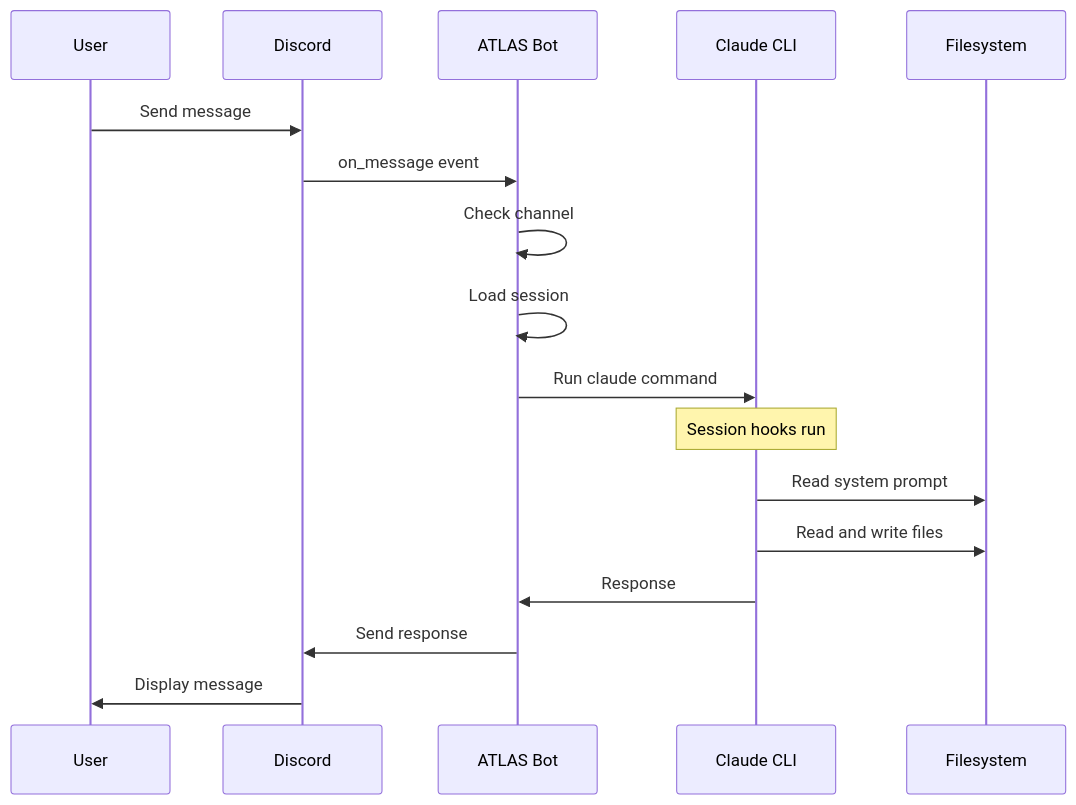
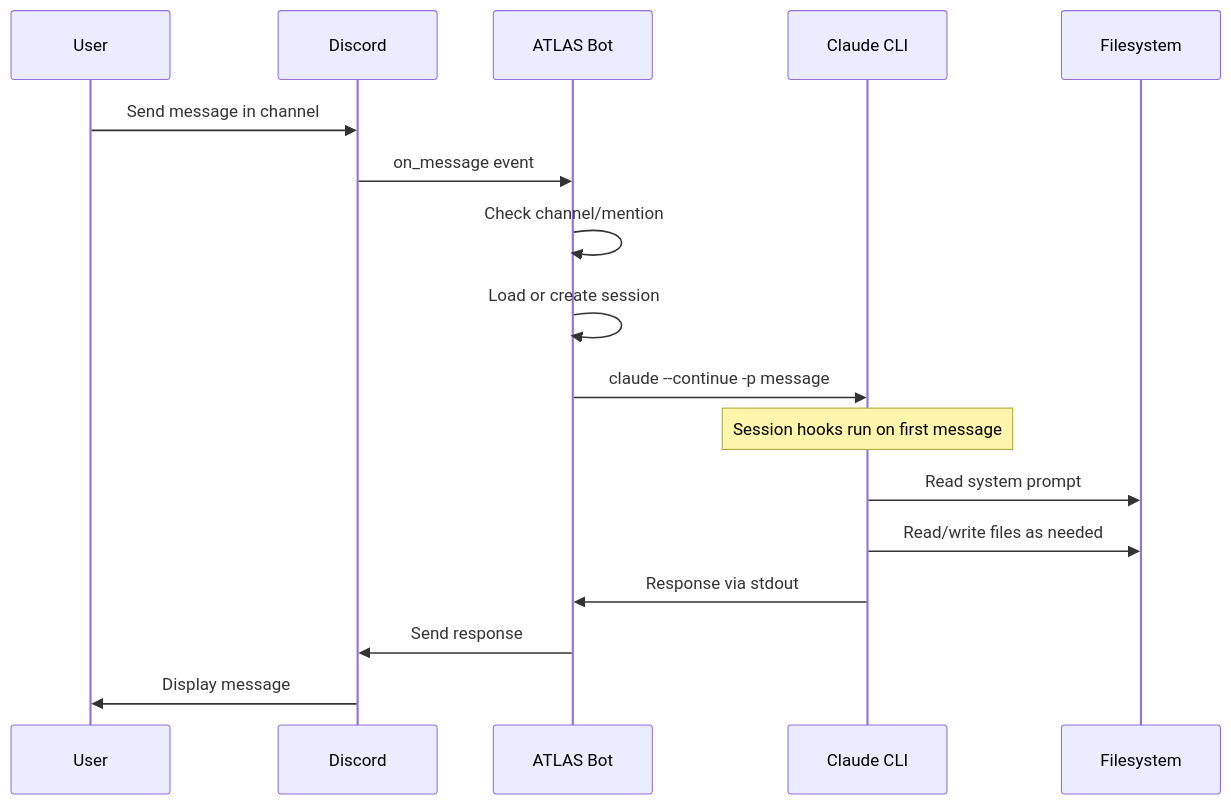
One commit to jamesmoon2/ATLAS-bot changed the second of 6 diagrams in README.md. Above: the diagram before and after it, drawn with Mermaid. The commit also changed other lines of this file, not shown here.

First line of the commit message:
Restore detailed Mermaid diagrams

````diff
--- a/README.md
+++ b/README.md
@@ -47,21 +47,21 @@
 ```mermaid
 sequenceDiagram
     participant U as User
     participant D as Discord
     participant B as ATLAS Bot
     participant C as Claude CLI
     participant F as Filesystem
 
-    U->>D: Send message
+    U->>D: Send message in channel
     D->>B: on_message event
-    B->>B: Check channel
-    B->>B: Load session
-    B->>C: Run claude command
+    B->>B: Check channel/mention
+    B->>B: Load or create session
+    B->>C: claude --continue -p message
 
-    Note over C: Session hooks run
+    Note over C: Session hooks run on first message
     C->>F: Read system prompt
-    C->>F: Read and write files
-    C->>B: Response
+    C->>F: Read/write files as needed
+    C->>B: Response via stdout
     B->>D: Send response
     D->>U: Display message
 ```
````
